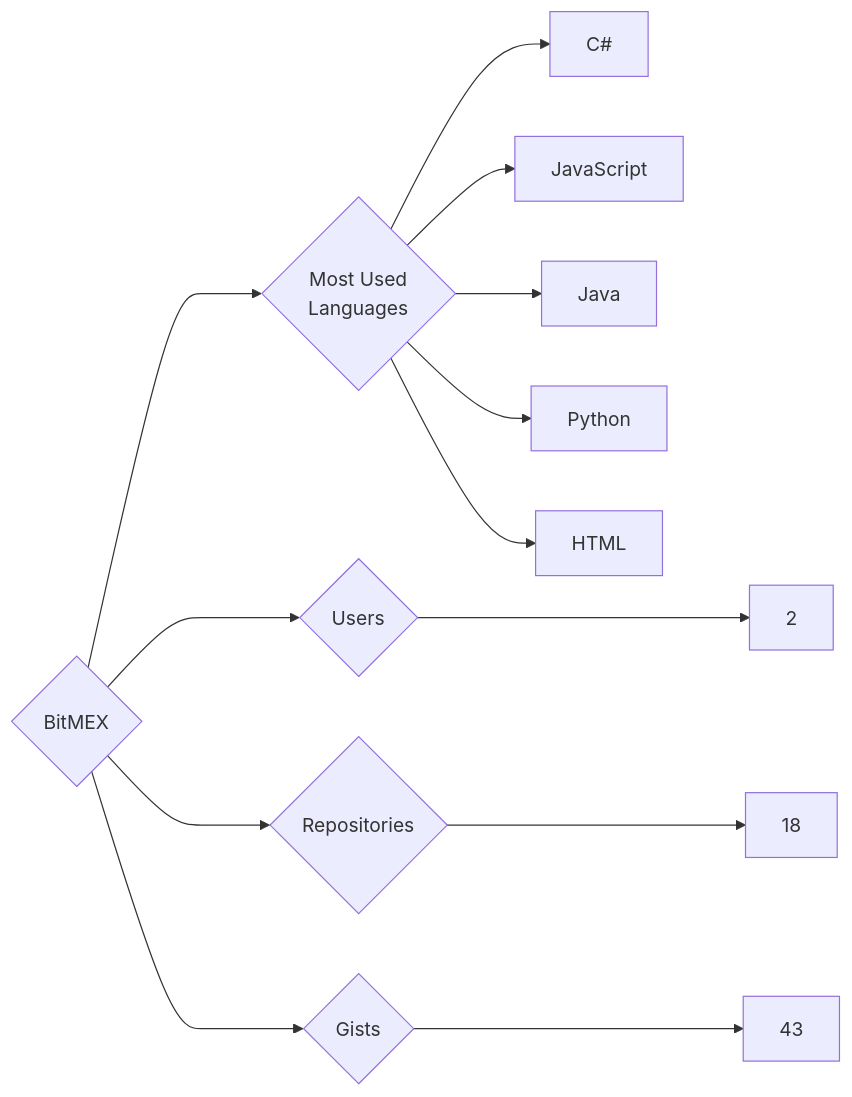
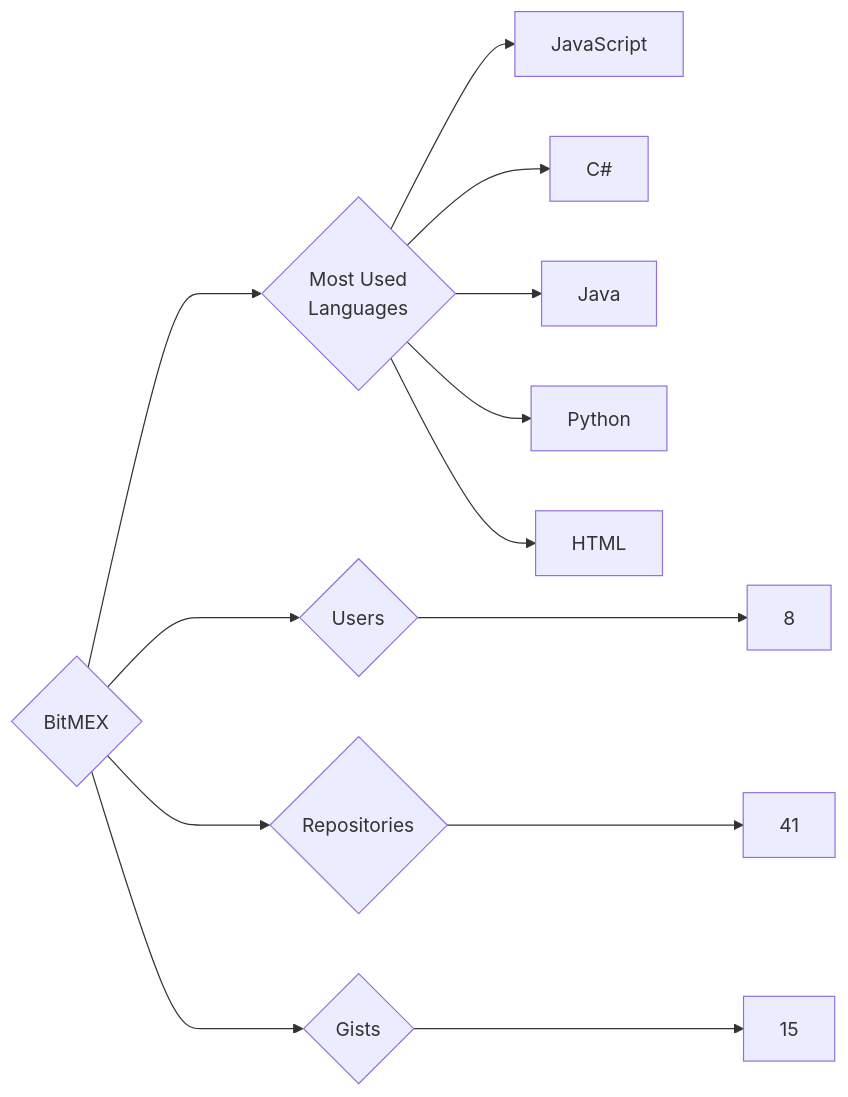
Before and after one commit to trickest/insiders: the diagram in targets/BitMEX/README.md, drawn with Mermaid. The commit also changed 640 other files, not shown here.

````diff
--- a/targets/BitMEX/README.md
+++ b/targets/BitMEX/README.md
@@ -3,13 +3,13 @@
 ```mermaid
 graph LR
 COMPANY_NAME{BitMEX}
-COMPANY_NAME ---> U{Users} ---> UN[2]
-COMPANY_NAME ---> R{Repositories} ---> RN[18]
-COMPANY_NAME ---> G{Gists} ---> GN[43]
+COMPANY_NAME ---> U{Users} ---> UN[8]
+COMPANY_NAME ---> R{Repositories} ---> RN[41]
+COMPANY_NAME ---> G{Gists} ---> GN[15]
 COMPANY_NAME ---> ML{Most Used<br>Languages}
+ML --> JavaScript[JavaScript]
 ML --> C#[C#]
-ML --> JavaScript[JavaScript]
 ML --> Java[Java]
 ML --> Python[Python]
 ML --> HTML[HTML]
 ```
````
